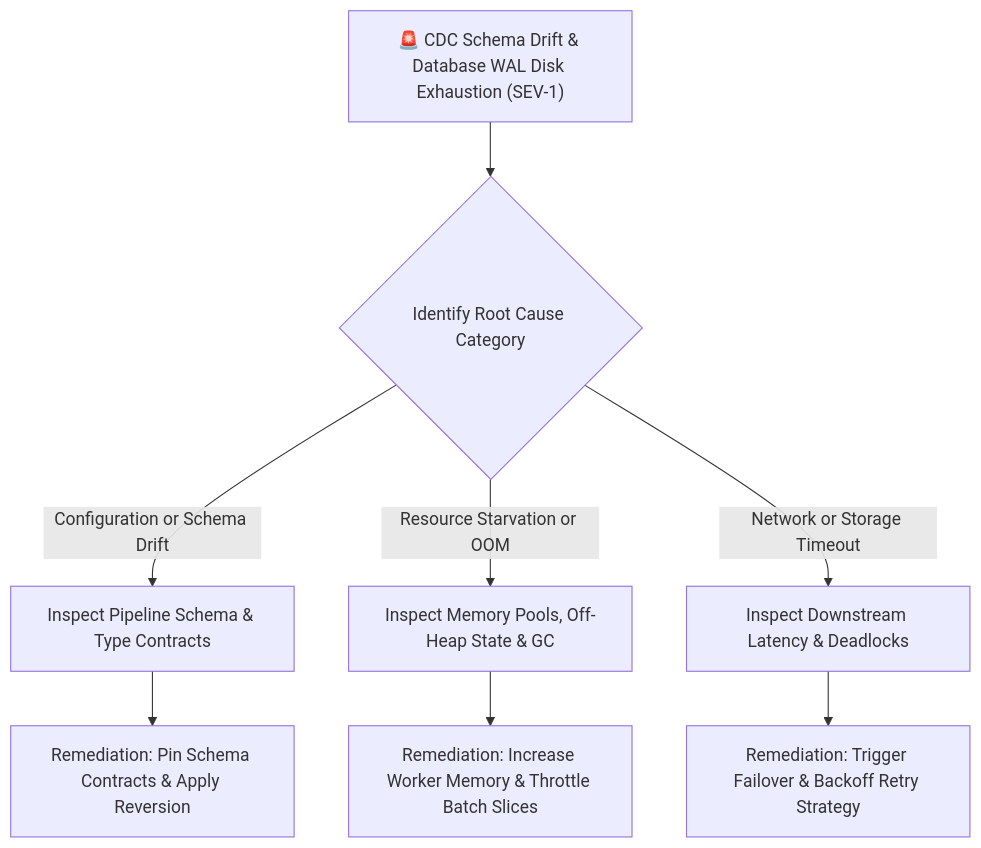
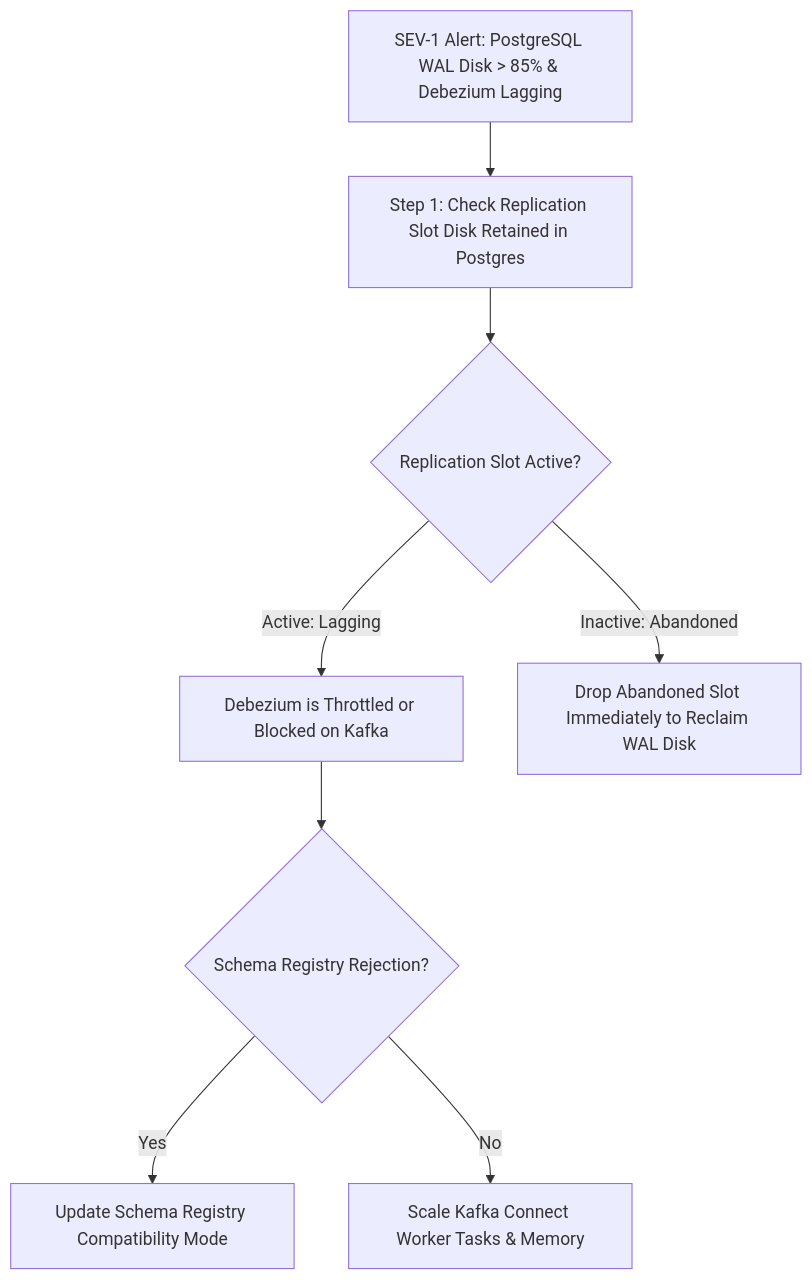
The diagram in runbooks/03_cdc_schema_drift_and_wal_exhaustion.md (santoshjammi29/streaming-handbook), drawn with Mermaid before and after one commit. The commit also changed other lines of this file and 11 other files, not shown here.

````diff
--- a/runbooks/03_cdc_schema_drift_and_wal_exhaustion.md
+++ b/runbooks/03_cdc_schema_drift_and_wal_exhaustion.md
@@ -11,12 +12,12 @@
 ```mermaid
 flowchart TD
-    Alert["🚨 CDC Schema Drift & Database WAL Disk Exhaustion (SEV-1)"] --> TriageCategory{"Identify Root Cause Category"}
+    Alert["SEV-1 Alert: PostgreSQL WAL Disk > 85% & Debezium Lagging"] --> CheckDisk["Step 1: Check Replication Slot Disk Retained in Postgres"]
+    CheckDisk --> SlotState{"Replication Slot Active?"}
     
-    TriageCategory -->|"Configuration or Schema Drift"| ConfigTriage["Inspect Pipeline Schema & Type Contracts"]
-    TriageCategory -->|"Resource Starvation or OOM"| ResourceTriage["Inspect Memory Pools, Off-Heap State & GC"]
-    TriageCategory -->|"Network or Storage Timeout"| NetworkTriage["Inspect Downstream Latency & Deadlocks"]
-
-    ConfigTriage --> FixConfig["Remediation: Pin Schema Contracts & Apply Reversion"]
-    ResourceTriage --> FixResource["Remediation: Increase Worker Memory & Throttle Batch Slices"]
-    NetworkTriage --> FixNetwork["Remediation: Trigger Failover & Backoff Retry Strategy"]
+    SlotState -->|"Active: Lagging"| ThrottleCheck["Debezium is Throttled or Blocked on Kafka"]
+    SlotState -->|"Inactive: Abandoned"| DropSlot["Drop Abandoned Slot Immediately to Reclaim WAL Disk"]
+    
+    ThrottleCheck --> SchemaCheck{"Schema Registry Rejection?"}
+    SchemaCheck -->|Yes| FixSchema["Update Schema Registry Compatibility Mode"]
+    SchemaCheck -->|No| ScaleConnect["Scale Kafka Connect Worker Tasks & Memory"]
 ```
````
